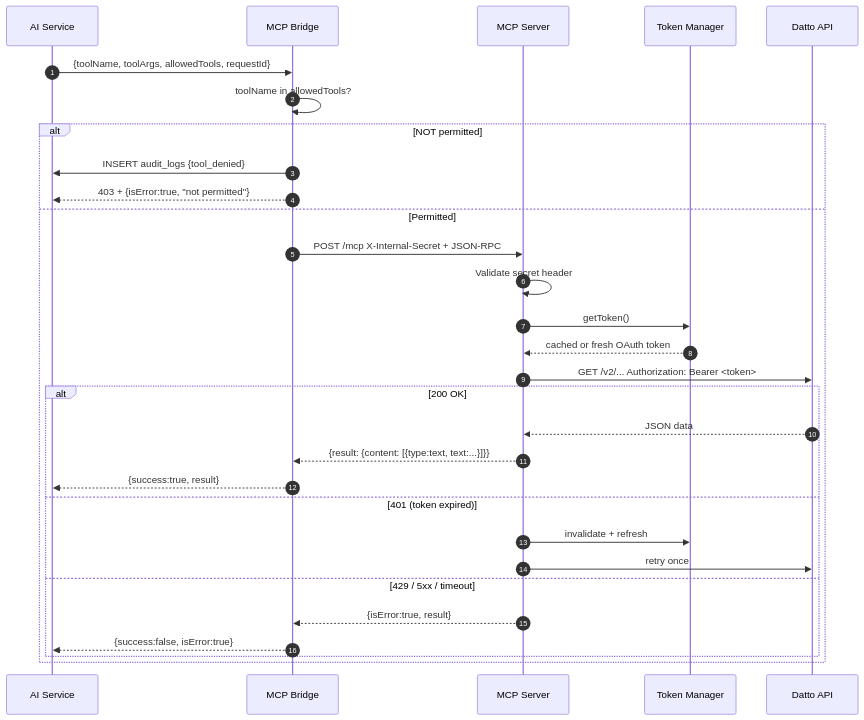
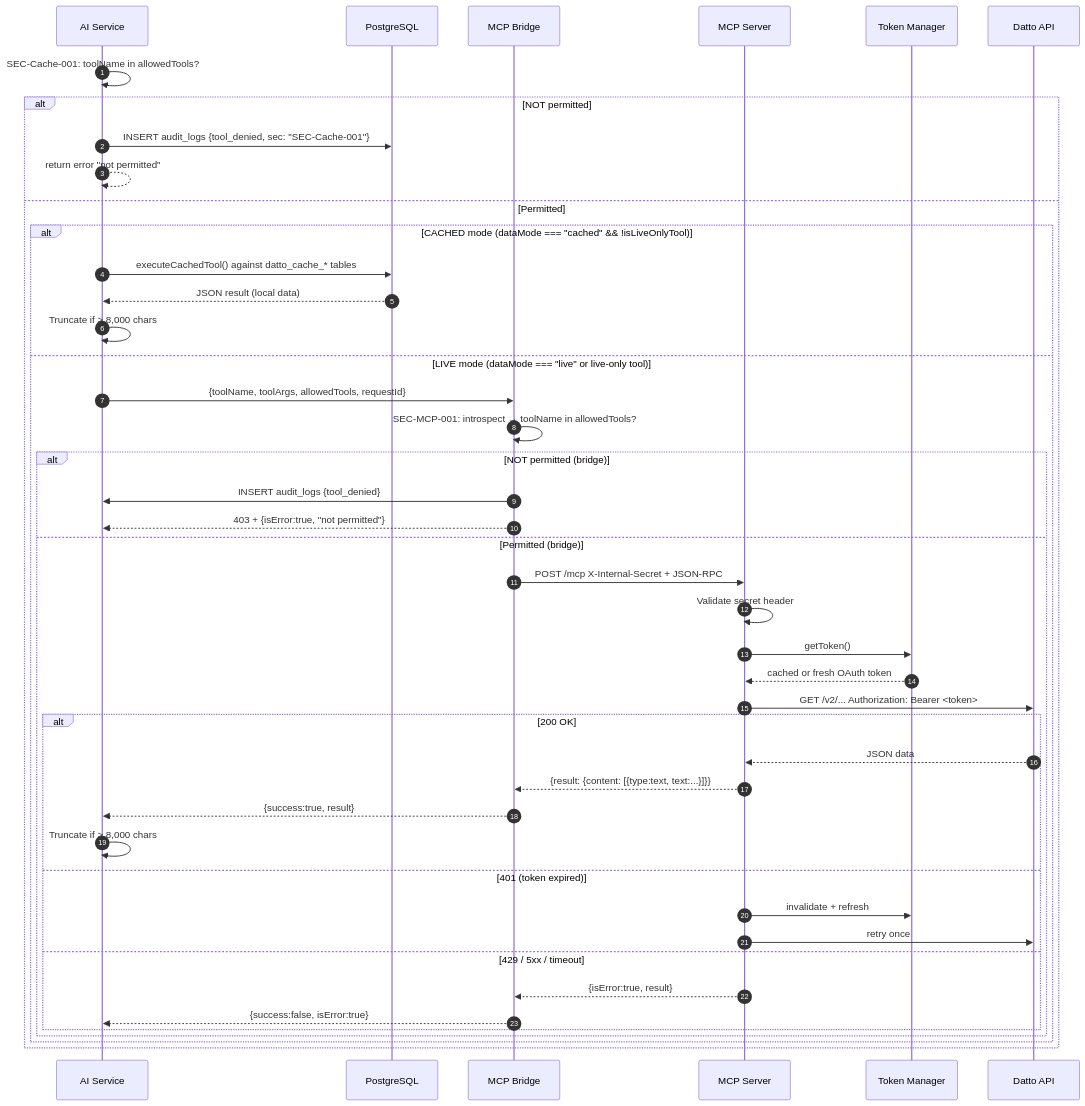
Before and after one commit to impie0/dattobrain: the diagram in DattoLLM-main/docs/flows/Tool Execution Flow.md, drawn with Mermaid. The commit also changed other lines of this file and 50 other files, not shown here.

First line of the commit message:
v2.6.0 — security hardening, pre-query engine, local LLM, token tracking, observability

````diff
--- a/DattoLLM-main/docs/flows/Tool Execution Flow.md
+++ b/DattoLLM-main/docs/flows/Tool Execution Flow.md
@@ -19,36 +19,47 @@
 ```mermaid
 sequenceDiagram
     autonumber
     participant AI as AI Service
+    participant DB as PostgreSQL
     participant BR as MCP Bridge
     participant MCP as MCP Server
     participant TM as Token Manager
     participant D as Datto API
 
-    AI->>BR: {toolName, toolArgs, allowedTools, requestId}
-    BR->>BR: toolName in allowedTools?
-
+    AI->>AI: SEC-Cache-001: toolName in allowedTools?
     alt NOT permitted
-        BR->>AI: INSERT audit_logs {tool_denied}
-        BR-->>AI: 403 + {isError:true, "not permitted"}
+        AI->>DB: INSERT audit_logs {tool_denied, sec: "SEC-Cache-001"}
+        AI-->>AI: return error "not permitted"
     else Permitted
-        BR->>MCP: POST /mcp X-Internal-Secret + JSON-RPC
-        MCP->>MCP: Validate secret header
-        MCP->>TM: getToken()
-        TM-->>MCP: cached or fresh OAuth token
-
-        MCP->>D: GET /v2/... Authorization: Bearer <token>
-
-        alt 200 OK
-            D-->>MCP: JSON data
-            MCP-->>BR: {result: {content: [{type:text, text:...}]}}
-            BR-->>AI: {success:true, result}
-        else 401 (token expired)
-            MCP->>TM: invalidate + refresh
-            MCP->>D: retry once
-        else 429 / 5xx / timeout
-            MCP-->>BR: {isError:true, result}
-            BR-->>AI: {success:false, isError:true}
+        alt CACHED mode (dataMode === "cached" && !isLiveOnlyTool)
+            AI->>DB: executeCachedTool() against datto_cache_* tables
+            DB-->>AI: JSON result (local data)
+            AI->>AI: Truncate if > 8,000 chars
+        else LIVE mode (dataMode === "live" or live-only tool)
+            AI->>BR: {toolName, toolArgs, allowedTools, requestId}
+            BR->>BR: SEC-MCP-001: introspect → toolName in allowedTools?
+            alt NOT permitted (bridge)
+                BR->>AI: INSERT audit_logs {tool_denied}
+                BR-->>AI: 403 + {isError:true, "not permitted"}
+            else Permitted (bridge)
+                BR->>MCP: POST /mcp X-Internal-Secret + JSON-RPC
+                MCP->>MCP: Validate secret header
+                MCP->>TM: getToken()
+                TM-->>MCP: cached or fresh OAuth token
+                MCP->>D: GET /v2/... Authorization: Bearer <token>
+                alt 200 OK
+                    D-->>MCP: JSON data
+                    MCP-->>BR: {result: {content: [{type:text, text:...}]}}
+                    BR-->>AI: {success:true, result}
+                    AI->>AI: Truncate if > 8,000 chars
+                else 401 (token expired)
+                    MCP->>TM: invalidate + refresh
+                    MCP->>D: retry once
+                else 429 / 5xx / timeout
+                    MCP-->>BR: {isError:true, result}
+                    BR-->>AI: {success:false, isError:true}
+                end
+            end
         end
     end
 ```
````
